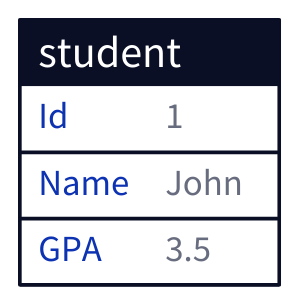
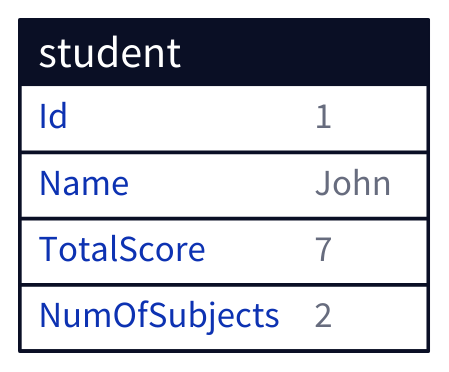
The eighth of 8 diagrams in content/data-persistence/sql-database/query-optimization.md (link1905/system-design-101), drawn with D2 before and after one commit. The commit also changed other lines of this file and 13 other files, not shown here.

````diff
--- a/content/data-persistence/sql-database/query-optimization.md
+++ b/content/data-persistence/sql-database/query-optimization.md
@@ -558,8 +558,9 @@
 ```d2
 student {
     shape: sql_table
     Id: "1"
     Name: "John"
-    GPA: "3.5"
+    TotalScore: 7
+    NumOfSubjects: 2
 }
 ```
````
